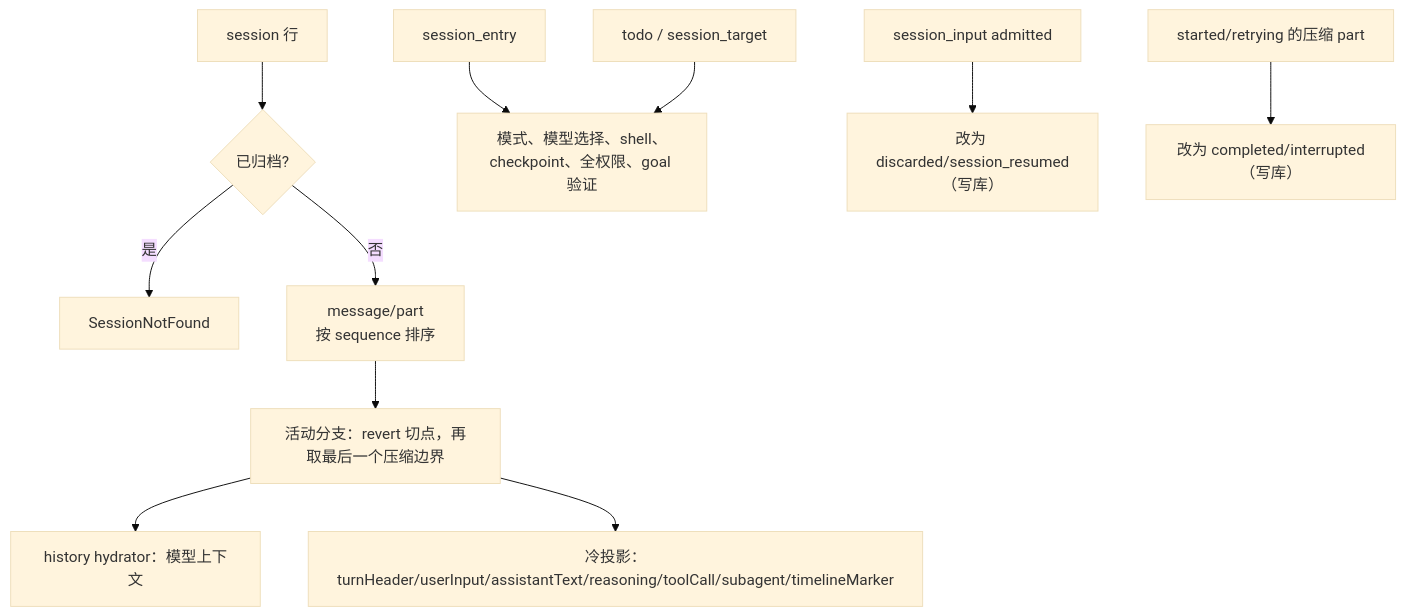
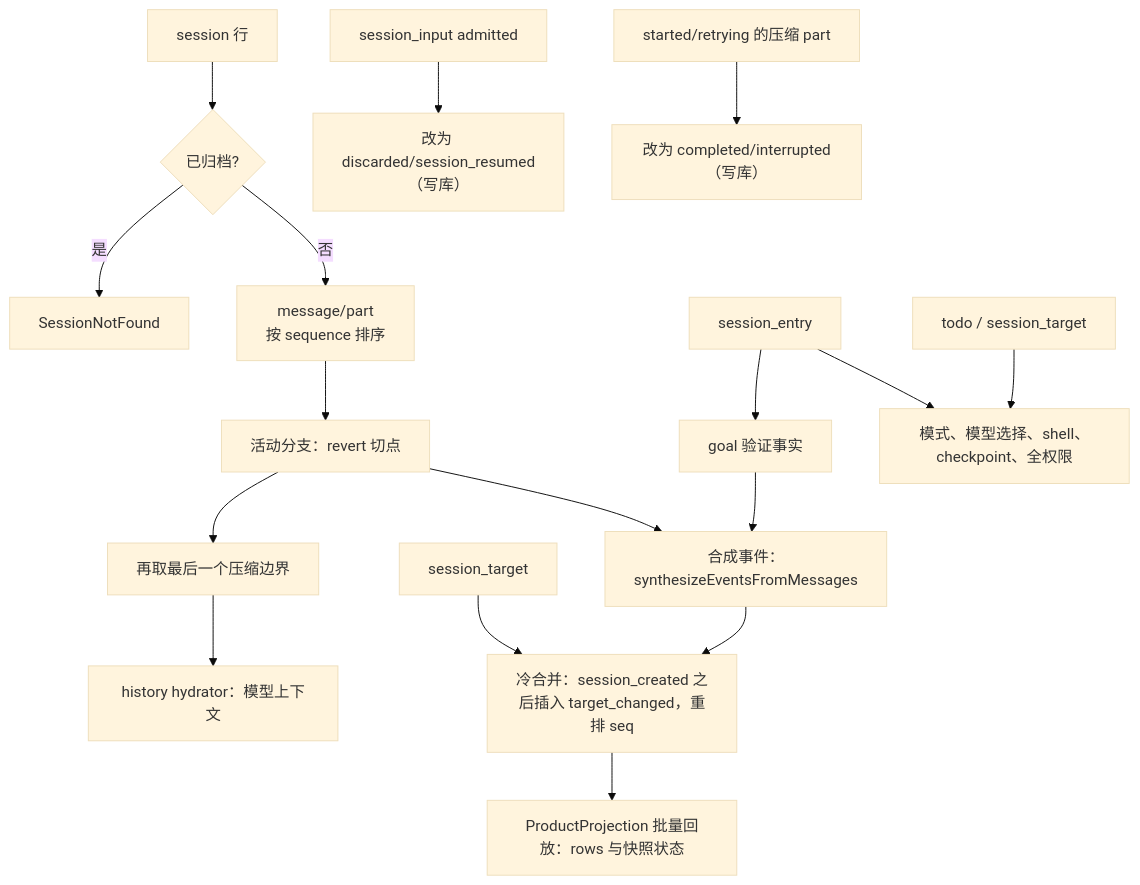
One commit to MBearo/ZCode-rs changed the third of 3 diagrams in docs/specs/rust-m11-node-storage.md. Above: the diagram before and after it, drawn with Mermaid (base theme). The commit also changed other lines of this file and 37 other files, not shown here.

````diff
--- a/docs/specs/rust-m11-node-storage.md
+++ b/docs/specs/rust-m11-node-storage.md
@@ -161,13 +161,19 @@
 ```mermaid
 flowchart TD
   S[session 行] --> B{已归档?}
   B -- 是 --> NF[SessionNotFound]
   B -- 否 --> M[message/part<br/>按 sequence 排序]
-  M --> AB[活动分支：revert 切点，再取最后一个压缩边界]
+  M --> BR[活动分支：revert 切点]
+  BR --> AB[再取最后一个压缩边界]
   AB --> H[history hydrator：模型上下文]
-  AB --> P[冷投影：turnHeader/userInput/assistantText/reasoning/toolCall/subagent/timelineMarker]
-  E[session_entry] --> ST[模式、模型选择、shell、checkpoint、全权限、goal 验证]
+  BR --> SY[合成事件：synthesizeEventsFromMessages]
+  E[session_entry] --> GE[goal 验证事实]
+  GE --> SY
+  TG[session_target] --> MG[冷合并：session_created 之后插入 target_changed，重排 seq]
+  SY --> MG
+  MG --> P[ProductProjection 批量回放：rows 与快照状态]
+  E --> ST[模式、模型选择、shell、checkpoint、全权限]
   T[todo / session_target] --> ST
   I[session_input admitted] --> D[改为 discarded/session_resumed（写库）]
   CP[started/retrying 的压缩 part] --> CR[改为 completed/interrupted（写库）]
 ```
````
